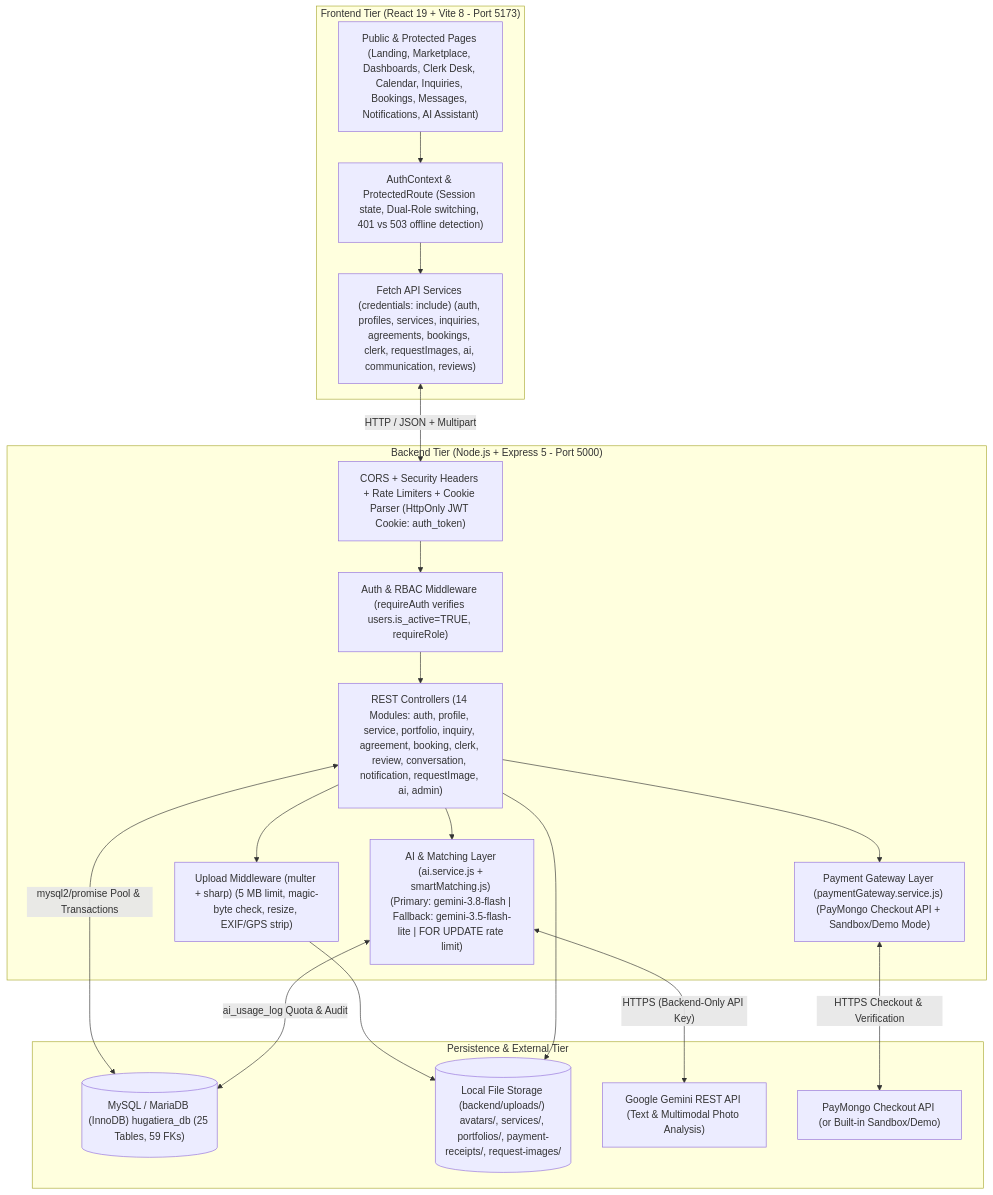
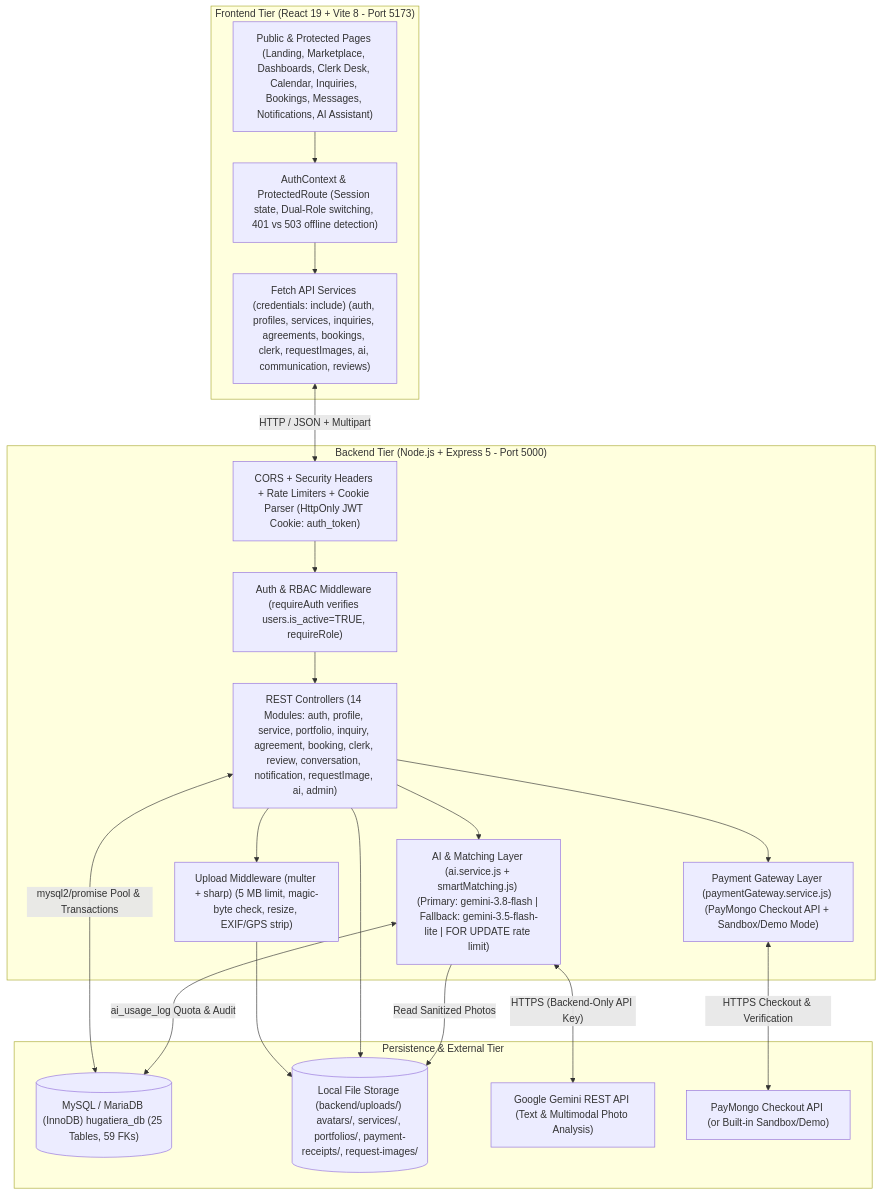
The first of 3 diagrams in docs/architecture-and-workflows.md (JohanBuenaventura/HugaTiera), drawn with Mermaid before and after one commit. The commit also changed other lines of this file and 92 other files, not shown here.

First line of the commit message:
docs(diagrams): sync ERD, DFDs, workflows, user hierarchy and export PNGs + web/mobile screenshots

````diff
--- a/docs/architecture-and-workflows.md
+++ b/docs/architecture-and-workflows.md
@@ -11,36 +11,37 @@
 ```mermaid
 flowchart TB
   subgraph ClientTier["Frontend Tier (React 19 + Vite 8 - Port 5173)"]
     UI["Public & Protected Pages (Landing, Marketplace, Dashboards, Clerk Desk, Calendar, Inquiries, Bookings, Messages, Notifications, AI Assistant)"]
     AuthCtx["AuthContext & ProtectedRoute (Session state, Dual-Role switching, 401 vs 503 offline detection)"]
     ApiClients["Fetch API Services (credentials: include) (auth, profiles, services, inquiries, agreements, bookings, clerk, requestImages, ai, communication, reviews)"]
     UI --> AuthCtx --> ApiClients
   end
 
   subgraph ServerTier["Backend Tier (Node.js + Express 5 - Port 5000)"]
     CORS["CORS + Security Headers + Rate Limiters + Cookie Parser (HttpOnly JWT Cookie: auth_token)"]
     AuthMW["Auth & RBAC Middleware (requireAuth verifies users.is_active=TRUE, requireRole)"]
     UploadMW["Upload Middleware (multer + sharp) (5 MB limit, magic-byte check, resize, EXIF/GPS strip)"]
     Controllers["REST Controllers (14 Modules: auth, profile, service, portfolio, inquiry, agreement, booking, clerk, review, conversation, notification, requestImage, ai, admin)"]
     AIService["AI & Matching Layer (ai.service.js + smartMatching.js) (Primary: gemini-3.8-flash | Fallback: gemini-3.5-flash-lite | FOR UPDATE rate limit)"]
     PayService["Payment Gateway Layer (paymentGateway.service.js) (PayMongo Checkout API + Sandbox/Demo Mode)"]
     ApiClients <-->|"HTTP / JSON + Multipart"| CORS
     CORS --> AuthMW --> Controllers
     Controllers --> UploadMW
     Controllers --> AIService
     Controllers --> PayService
   end
 
   subgraph DataTier["Persistence & External Tier"]
     MySQL[("MySQL / MariaDB (InnoDB) hugatiera_db (25 Tables, 59 FKs)")]
     FileStore[("Local File Storage (backend/uploads/) avatars/, services/, portfolios/, payment-receipts/, request-images/")]
     GeminiAPI["Google Gemini REST API (Text & Multimodal Photo Analysis)"]
     PayMongoAPI["PayMongo Checkout API (or Built-in Sandbox/Demo)"]
     Controllers <-->|"mysql2/promise Pool & Transactions"| MySQL
     UploadMW --> FileStore
     Controllers --> FileStore
     AIService <-->|"HTTPS (Backend-Only API Key)"| GeminiAPI
+    AIService -->|"Read Sanitized Photos"| FileStore
     AIService <-->|"ai_usage_log Quota & Audit"| MySQL
     PayService <-->|"HTTPS Checkout & Verification"| PayMongoAPI
   end
 ```
````
